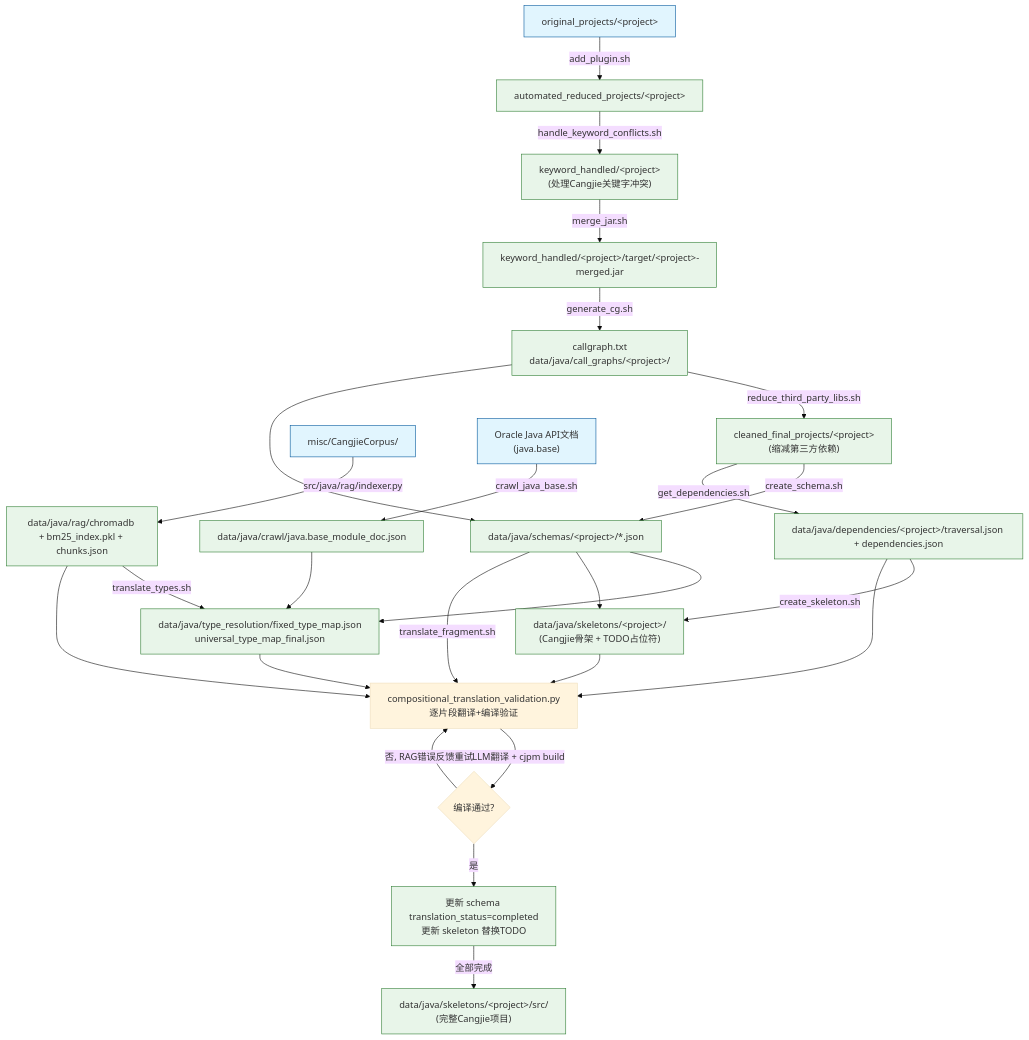
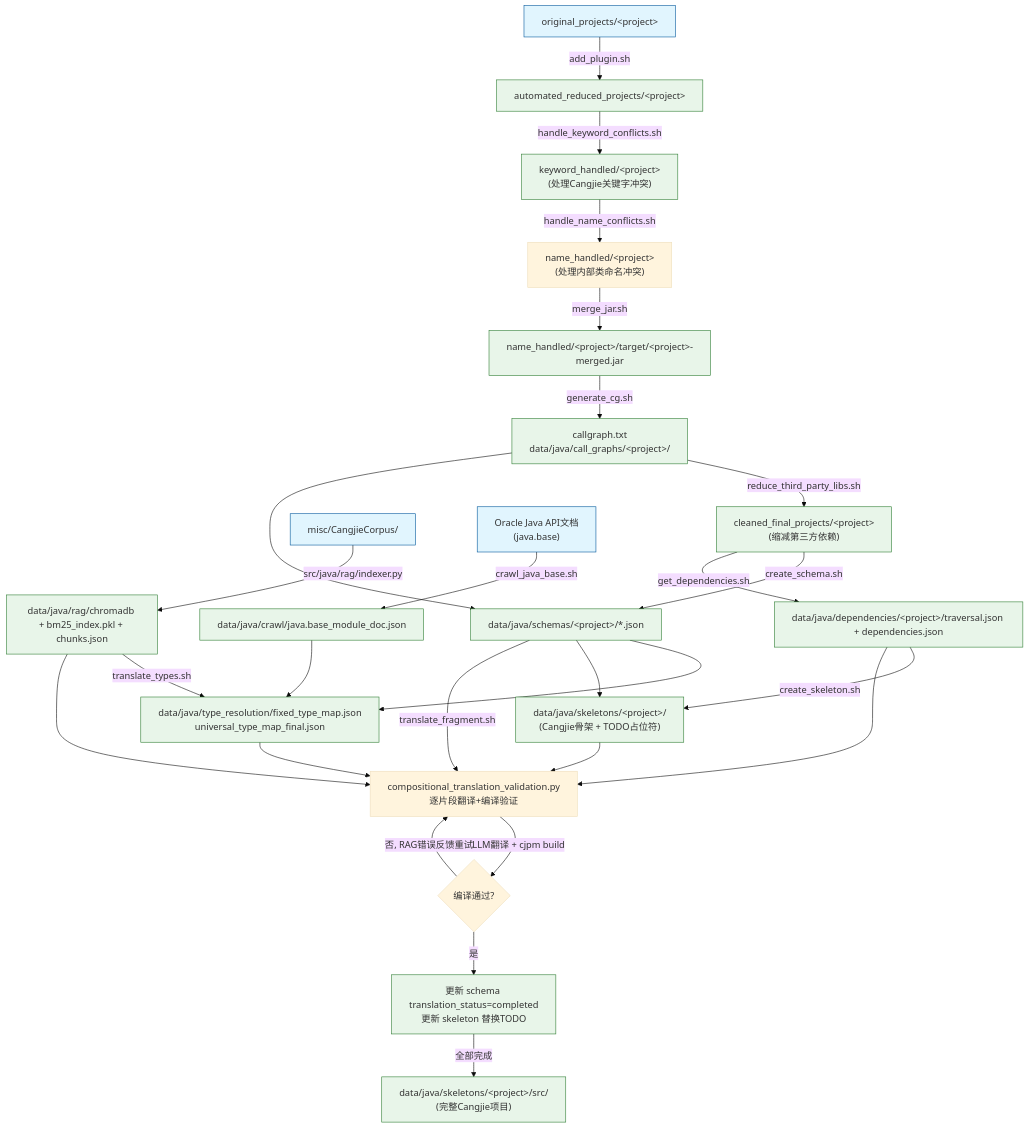
One commit to hx062312/x2cangjie changed the diagram in docs/flowchart.md. Above: the diagram before and after it, drawn with Mermaid (base theme). The commit also changed 1 other file, not shown here.

Commit message:
docs: add handle_name_conflicts step to flowchart and start guide
Add the inner class naming conflict resolution step (handle_name_conflicts.sh)
to the pipeline docs. Update downstream steps (merge_jar, generate_cg,
reduce_third_party_libs) to reference name_handled/ instead of keyword_handled/.

````diff
--- a/docs/flowchart.md
+++ b/docs/flowchart.md
@@ -1,33 +1,34 @@
 ```mermaid
 flowchart TD
     A1["original_projects/&lt;project&gt;"] -->|add_plugin.sh| A2["automated_reduced_projects/&lt;project&gt;"]
     A2 -->|handle_keyword_conflicts.sh| A3["keyword_handled/&lt;project&gt;<br/>(处理Cangjie关键字冲突)"]
-    A3 -->|merge_jar.sh| A4["keyword_handled/&lt;project&gt;/target/&lt;project&gt;-merged.jar"]
+    A3 -->|handle_name_conflicts.sh| A3b["name_handled/&lt;project&gt;<br/>(处理内部类命名冲突)"]
+    A3b -->|merge_jar.sh| A4["name_handled/&lt;project&gt;/target/&lt;project&gt;-merged.jar"]
     A4 -->|generate_cg.sh| A5["callgraph.txt<br/>data/java/call_graphs/&lt;project&gt;/"]
     A5 -->|reduce_third_party_libs.sh| A6["cleaned_final_projects/&lt;project&gt;<br/>(缩减第三方依赖)"]
     A6 -->|create_schema.sh| C1["data/java/schemas/&lt;project&gt;/*.json"]
     A5 --> C1
     A6 -->|get_dependencies.sh| C2["data/java/dependencies/&lt;project&gt;/traversal.json + dependencies.json"]
     D1["misc/CangjieCorpus/"] -->|src/java/rag/indexer.py| D2["data/java/rag/chromadb + bm25_index.pkl + chunks.json"]
     D3["Oracle Java API文档<br/>(java.base)"] -->|crawl_java_base.sh| D4["data/java/crawl/java.base_module_doc.json"]
     D2 -->|translate_types.sh| E1["data/java/type_resolution/fixed_type_map.json<br/>universal_type_map_final.json"]
     D4 --> E1
     C1 --> E1
     C1 --> E2
     C2 -->|create_skeleton.sh| E2["data/java/skeletons/&lt;project&gt;/<br/>(Cangjie骨架 + TODO占位符)"]
     C1 -->|translate_fragment.sh| F1["compositional_translation_validation.py<br/>逐片段翻译+编译验证"]
     C2 --> F1
     E1 --> F1
     E2 --> F1
     D2 --> F1
     F1 -->|LLM翻译 + cjpm build| F2{"编译通过?"}
     F2 -->|否, RAG错误反馈重试| F1
     F2 -->|是| F3["更新 schema translation_status=completed<br/>更新 skeleton 替换TODO"]
     F3 -->|全部完成| F4["data/java/skeletons/&lt;project&gt;/src/<br/>(完整Cangjie项目)"]
 
     classDef input fill:#e1f5fe,stroke:#01579b
     classDef output fill:#e8f5e9,stroke:#2e7d32
 
     class A1,D1,D3 input
     class A2,A3,A4,A5,A6,C1,C2,D2,D4,E1,E2,F3,F4 output
 ```
````
